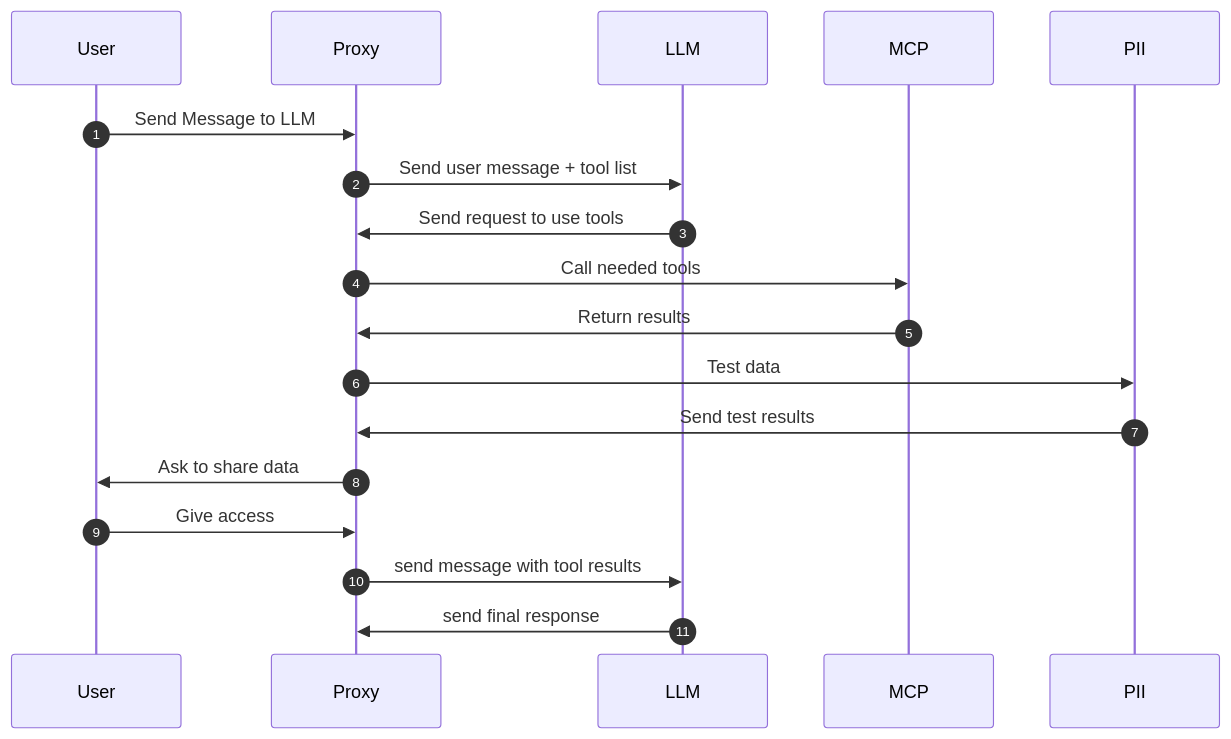
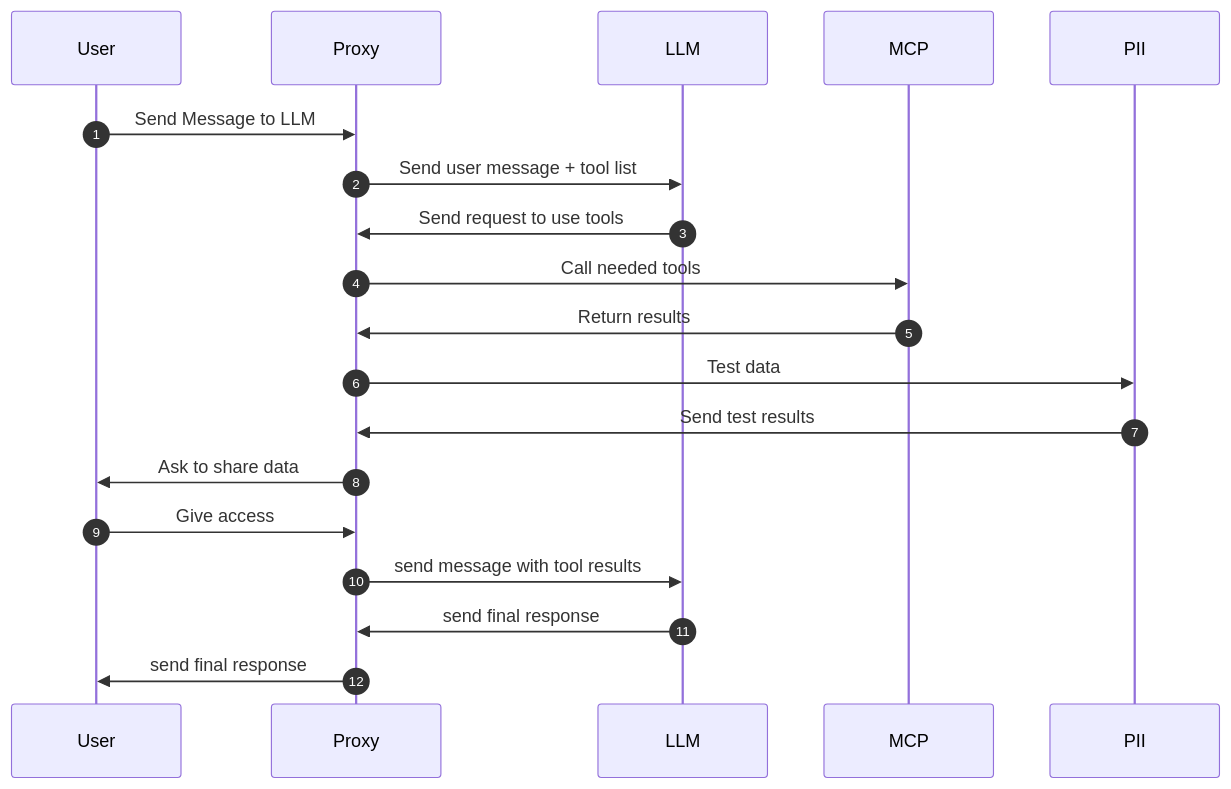
One commit to pizzaeueu/ZIO-LLM-Proxy changed the first of 2 diagrams in README.md. Above: the diagram before and after it, drawn with Mermaid. The commit also changed other lines of this file, not shown here.

````diff
--- a/README.md
+++ b/README.md
@@ -7,25 +24,26 @@
 ```mermaid
 sequenceDiagram
     autonumber
     participant User
     participant Proxy
     participant LLM
     participant MCP
     participant PII
 
     User ->> Proxy : Send Message to LLM
     Proxy ->> LLM : Send user message + tool list
 
     LLM ->> Proxy : Send request to use tools
     Proxy ->> MCP  : Call needed tools
     MCP ->> Proxy : Return results
 
     Proxy ->> PII: Test data
     PII ->> Proxy: Send test results
     Proxy ->> User: Ask to share data
     User ->> Proxy: Give access 
 
 
     Proxy ->> LLM : send message with tool results
     LLM ->> Proxy : send final response
+    Proxy ->> User: send final response
 ```
````
